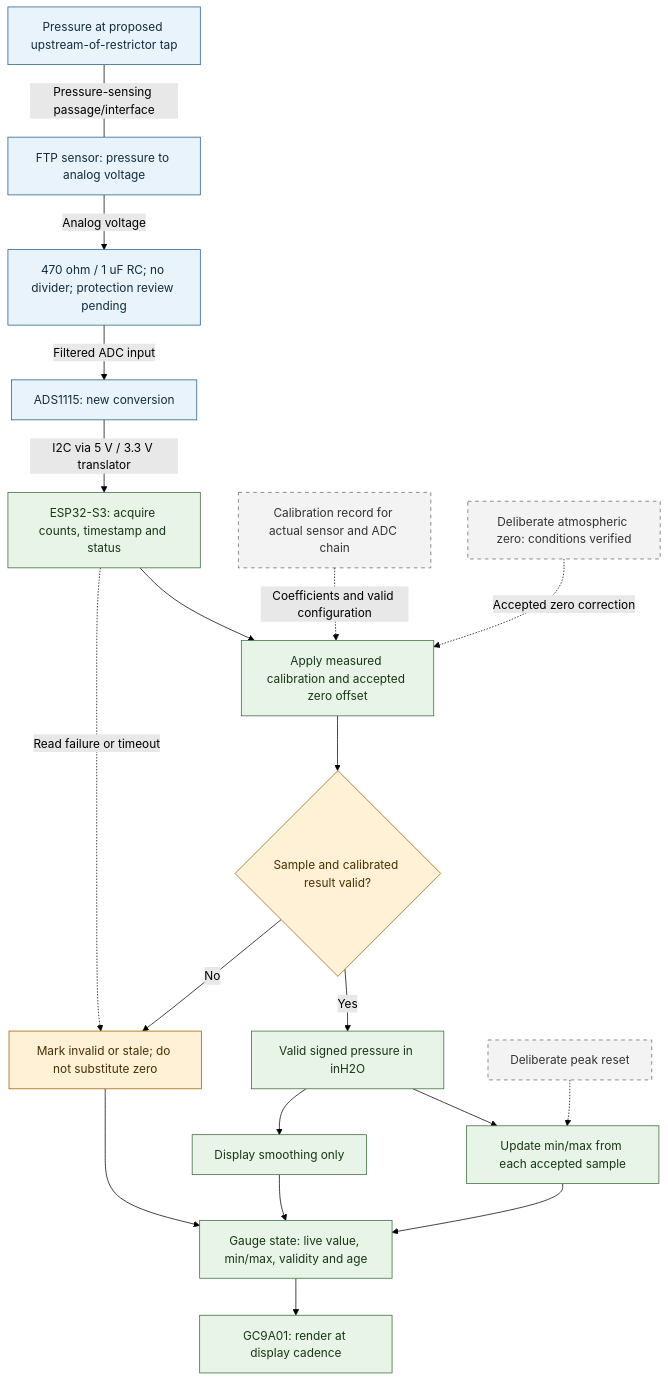
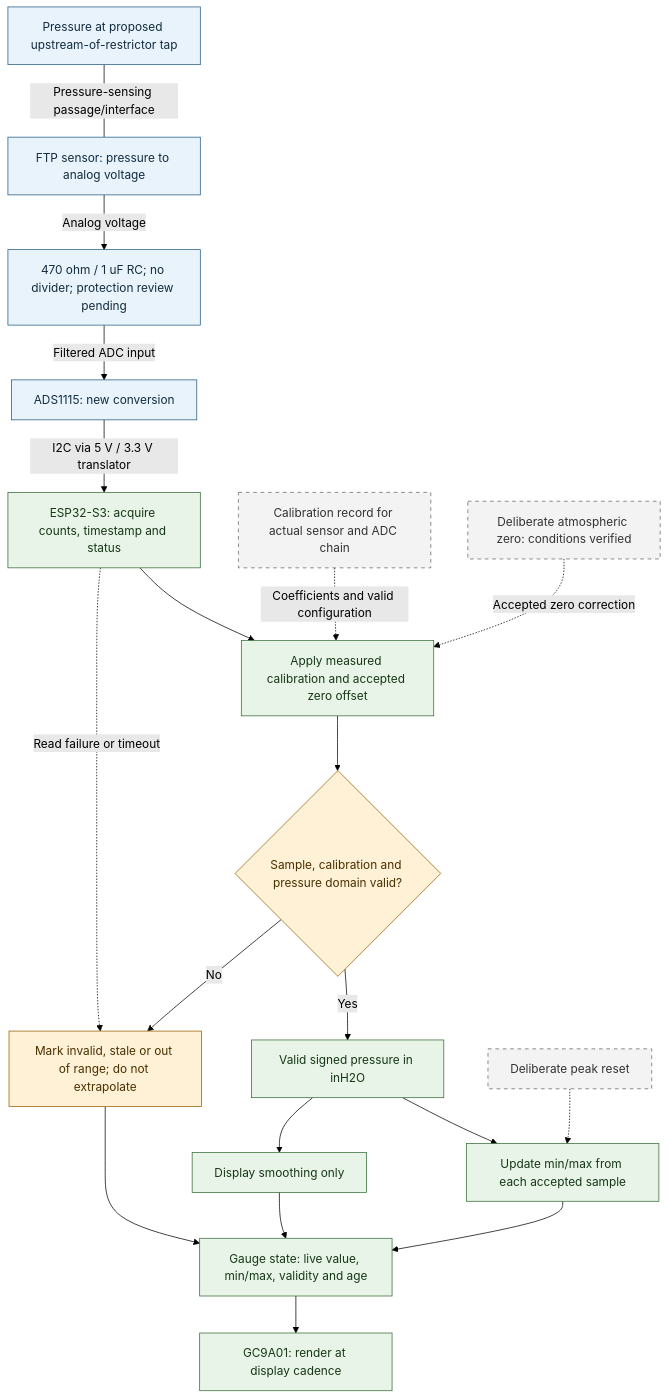
Before and after one commit to joshua-p-williams/ls-pcv-system: the diagram in hardware/architecture/measurement-system.md, drawn with Mermaid (forest theme). The commit also changed other lines of this file and 52 other files, not shown here.

````diff
--- a/hardware/architecture/measurement-system.md
+++ b/hardware/architecture/measurement-system.md
@@ -7,47 +7,47 @@
 ```mermaid
 flowchart TD
     pressure["Pressure at proposed upstream-of-restrictor tap"]
     sensor["FTP sensor: pressure to analog voltage"]
     analog["470 ohm / 1 uF RC; no divider; protection review pending"]
     adc["ADS1115: new conversion"]
     acquire["ESP32-S3: acquire counts, timestamp and status"]
     calibrate["Apply measured calibration and accepted zero offset"]
-    valid{"Sample and calibrated result valid?"}
+    valid{"Sample, calibration and pressure domain valid?"}
     accepted["Valid signed pressure in inH2O"]
     peaks["Update min/max from each accepted sample"]
     smooth["Display smoothing only"]
-    fault["Mark invalid or stale; do not substitute zero"]
+    fault["Mark invalid, stale or out of range; do not extrapolate"]
     state["Gauge state: live value, min/max, validity and age"]
     display["GC9A01: render at display cadence"]
     calibration["Calibration record for actual sensor and ADC chain"]
     zero["Deliberate atmospheric zero: conditions verified"]
     reset["Deliberate peak reset"]
 
     pressure ---|"Pressure-sensing passage/interface"| sensor
     sensor -->|"Analog voltage"| analog
     analog -->|"Filtered ADC input"| adc
     adc -->|"I2C via 5 V / 3.3 V translator"| acquire
     acquire --> calibrate
     calibration -.->|"Coefficients and valid configuration"| calibrate
     zero -.->|"Accepted zero correction"| calibrate
     calibrate --> valid
     valid -->|"Yes"| accepted
     valid -->|"No"| fault
     acquire -.->|"Read failure or timeout"| fault
     accepted --> peaks
     accepted --> smooth
     reset -.-> peaks
     peaks --> state
     smooth --> state
     fault --> state
     state --> display
 
     classDef physical fill:#e8f3fc,stroke:#245a81,color:#142c3e
     classDef processing fill:#e8f4e8,stroke:#376b37,color:#173717
     classDef decision fill:#fff1d6,stroke:#956000,color:#493000
     classDef reference fill:#f3f3f3,stroke:#666,color:#333,stroke-dasharray:5 5
     class pressure,sensor,analog,adc physical
     class acquire,calibrate,accepted,peaks,smooth,state,display processing
     class valid,fault decision
     class calibration,zero,reset reference
 ```
````
